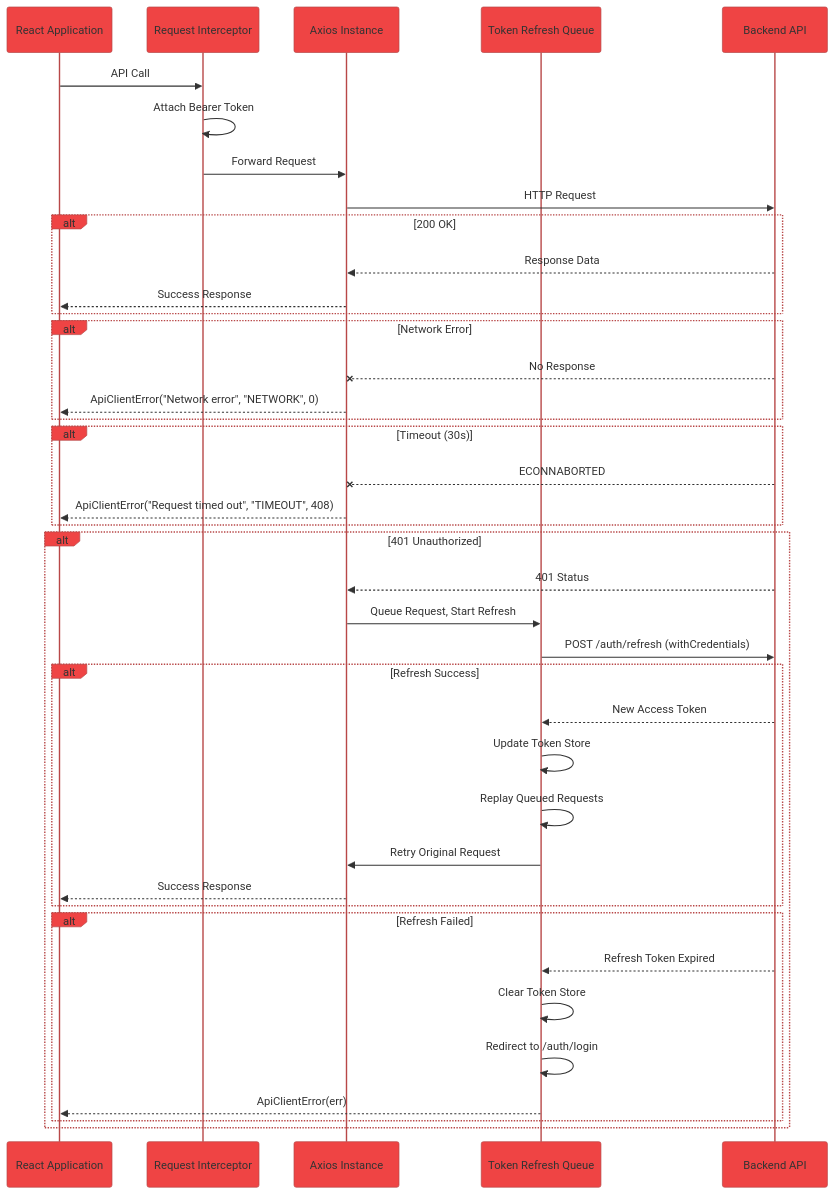
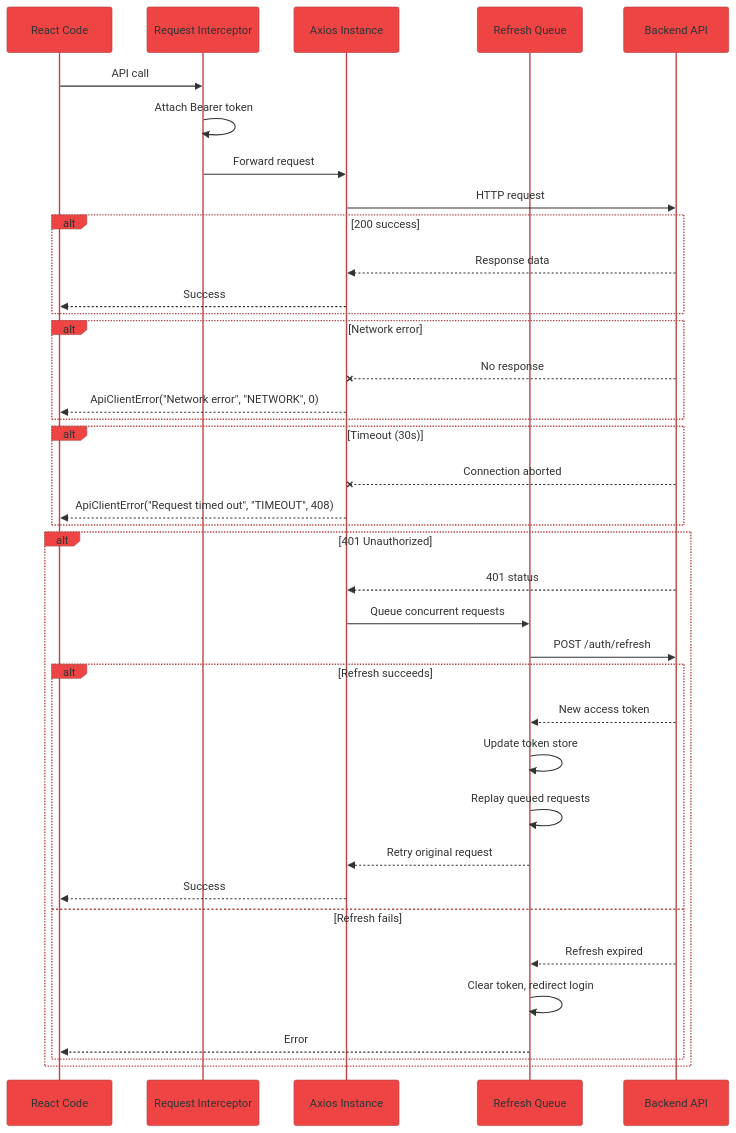
One commit to Saksham21s/scaffkit changed the second of 2 diagrams in README.md. Above: the diagram before and after it, drawn with Mermaid. The commit also changed other lines of this file and 10 other files, not shown here.

````diff
--- a/README.md
+++ b/README.md
@@ -325,51 +109,47 @@
 ```mermaid
-%%{init: {'theme': 'base', 'themeVariables': { 'primaryColor': '#ef4444', 'secondaryColor': '#f59e0b', 'tertiaryColor': '#10b981', 'lineColor': '#64748b'}}}%%
+%%{init: {'theme': 'base', 'themeVariables': { 'primaryColor': '#ef4444', 'secondaryColor': '#f59e0b', 'tertiaryColor': '#10b981'}}}%%
 sequenceDiagram
-    participant App as React Application
+    participant App as React Code
     participant Interceptor as Request Interceptor
     participant API as Axios Instance
-    participant Refresh as Token Refresh Queue
+    participant Refresh as Refresh Queue
     participant Backend as Backend API
 
-    App->>Interceptor: API Call
-    Interceptor->>Interceptor: Attach Bearer Token
-    Interceptor->>API: Forward Request
-    
-    API->>Backend: HTTP Request
-    
-    alt 200 OK
-        Backend-->>API: Response Data
-        API-->>App: Success Response
+    App->>Interceptor: API call
+    Interceptor->>Interceptor: Attach Bearer token
+    Interceptor->>API: Forward request
+    API->>Backend: HTTP request
+
+    alt 200 success
+        Backend-->>API: Response data
+        API-->>App: Success
     end
-    
-    alt Network Error
-        Backend--xAPI: No Response
+
+    alt Network error
+        Backend--xAPI: No response
         API-->>App: ApiClientError("Network error", "NETWORK", 0)
     end
-    
+
     alt Timeout (30s)
-        Backend--xAPI: ECONNABORTED
+        Backend--xAPI: Connection aborted
         API-->>App: ApiClientError("Request timed out", "TIMEOUT", 408)
     end
-    
+
     alt 401 Unauthorized
-        Backend-->>API: 401 Status
-        API->>Refresh: Queue Request, Start Refresh
-        Refresh->>Backend: POST /auth/refresh (withCredentials)
+        Backend-->>API: 401 status
+        API->>Refresh: Queue concurrent requests
+        Refresh->>Backend: POST /auth/refresh
         
-        alt Refresh Success
-            Backend-->>Refresh: New Access Token
-            Refresh->>Refresh: Update Token Store
-            Refresh->>Refresh: Replay Queued Requests
-            Refresh->>API: Retry Original Request
-            API-->>App: Success Response
-        end
-        
-        alt Refresh Failed
-            Backend-->>Refresh: Refresh Token Expired
-            Refresh->>Refresh: Clear Token Store
-            Refresh->>Refresh: Redirect to /auth/login
-            Refresh-->>App: ApiClientError(err)
+        alt Refresh succeeds
+            Backend-->>Refresh: New access token
+            Refresh->>Refresh: Update token store
+            Refresh->>Refresh: Replay queued requests
+            Refresh-->>API: Retry original request
+            API-->>App: Success
+        else Refresh fails
+            Backend-->>Refresh: Refresh expired
+            Refresh->>Refresh: Clear token, redirect login
+            Refresh-->>App: Error
         end
     end
 ```
````
